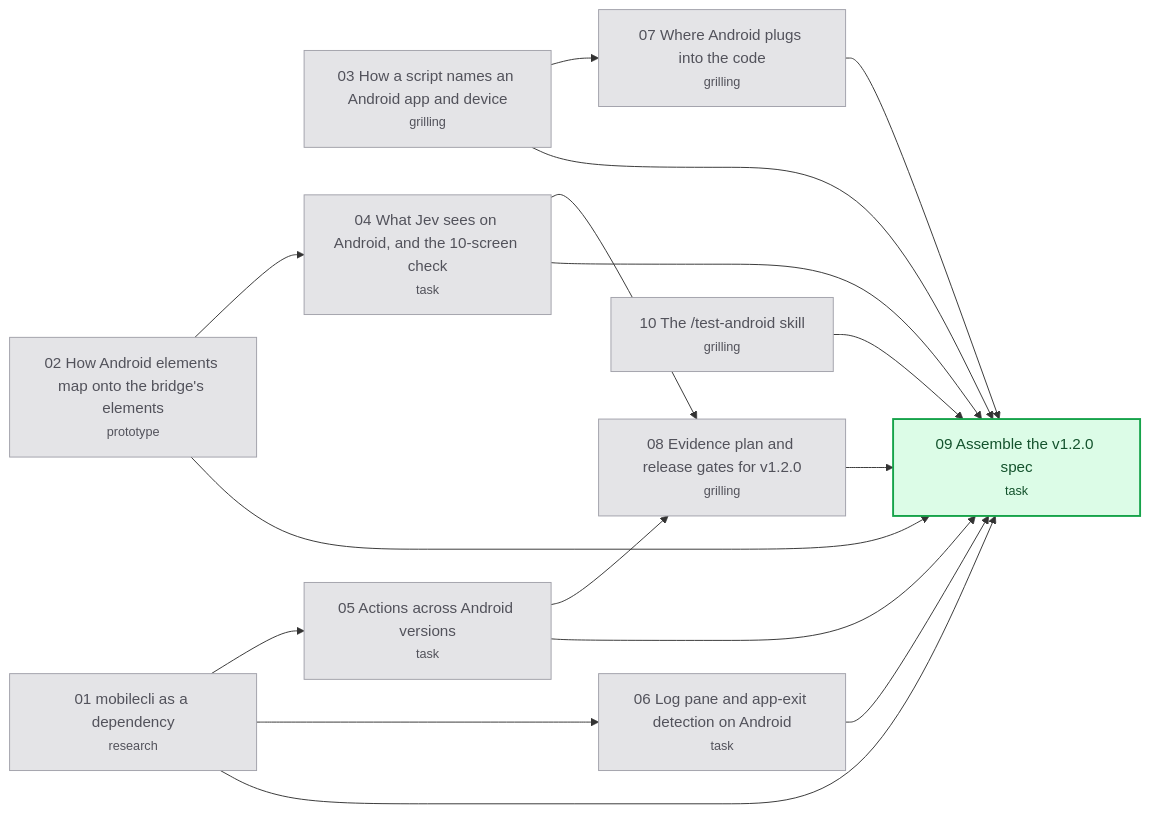
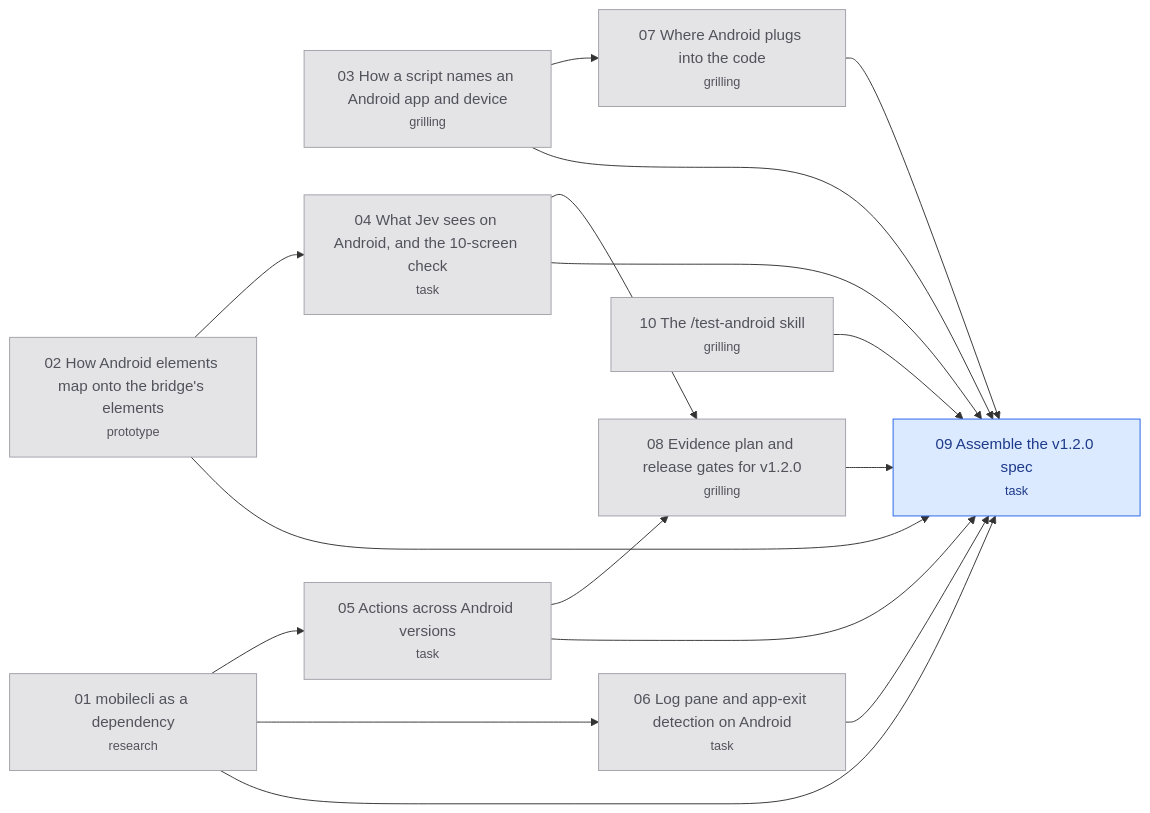
Before and after one commit to hugues-vnsgn/jev-ios-bridge: the diagram in .scratch/android-support/map.md, drawn with Mermaid. The commit also changed 1 other file, not shown here.

Commit message:
wayfinder: claim "Assemble the v1.2.0 spec" for a subagent

````diff
--- a/.scratch/android-support/map.md
+++ b/.scratch/android-support/map.md
@@ -50,34 +50,34 @@
 ```mermaid
 flowchart LR
     T01["01 mobilecli as a dependency<br/><small>research</small>"]
     T02["02 How Android elements map onto the bridge's elements<br/><small>prototype</small>"]
     T03["03 How a script names an Android app and device<br/><small>grilling</small>"]
     T04["04 What Jev sees on Android, and the 10-screen check<br/><small>task</small>"]
     T05["05 Actions across Android versions<br/><small>task</small>"]
     T06["06 Log pane and app-exit detection on Android<br/><small>task</small>"]
     T07["07 Where Android plugs into the code<br/><small>grilling</small>"]
     T08["08 Evidence plan and release gates for v1.2.0<br/><small>grilling</small>"]
     T09["09 Assemble the v1.2.0 spec<br/><small>task</small>"]
     T10["10 The /test-android skill<br/><small>grilling</small>"]
     T02 --> T04
     T01 --> T05
     T01 --> T06
     T03 --> T07
     T04 --> T08
     T05 --> T08
     T01 --> T09
     T02 --> T09
     T03 --> T09
     T04 --> T09
     T05 --> T09
     T06 --> T09
     T07 --> T09
     T08 --> T09
     T10 --> T09
     classDef resolved fill:#e4e4e7,stroke:#a1a1aa,color:#52525b
     classDef claimed fill:#dbeafe,stroke:#2563eb,color:#1e3a8a
     classDef frontier fill:#dcfce7,stroke:#16a34a,color:#14532d,stroke-width:2px
     classDef blocked fill:#ffffff,stroke:#a1a1aa,color:#18181b
     class T01,T02,T03,T04,T05,T06,T07,T08,T10 resolved
-    class T09 frontier
+    class T09 claimed
 ```
````
